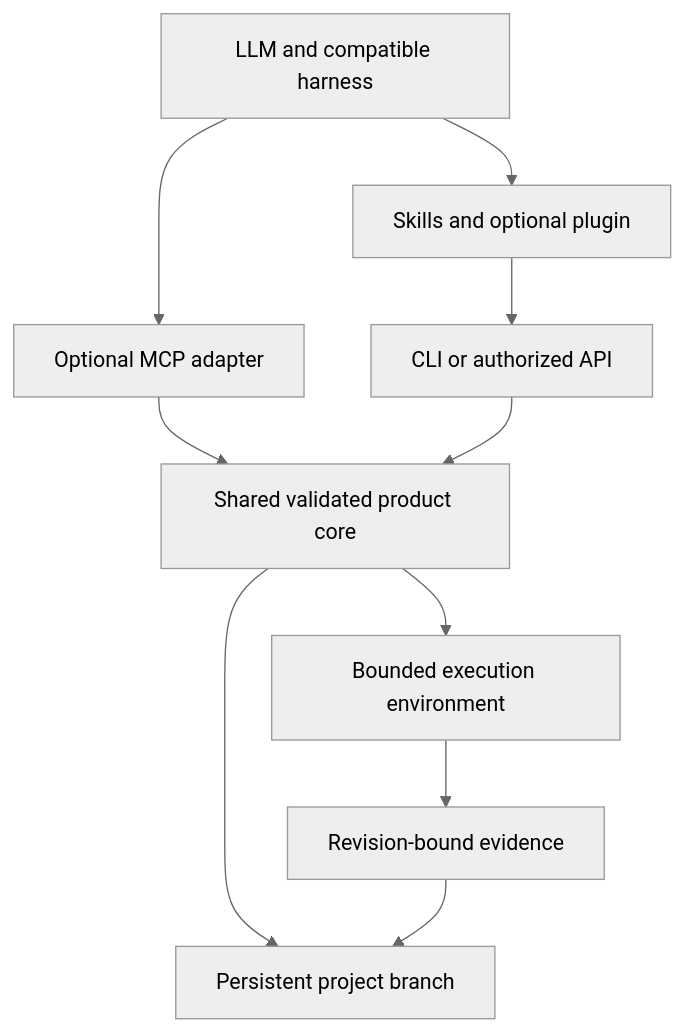
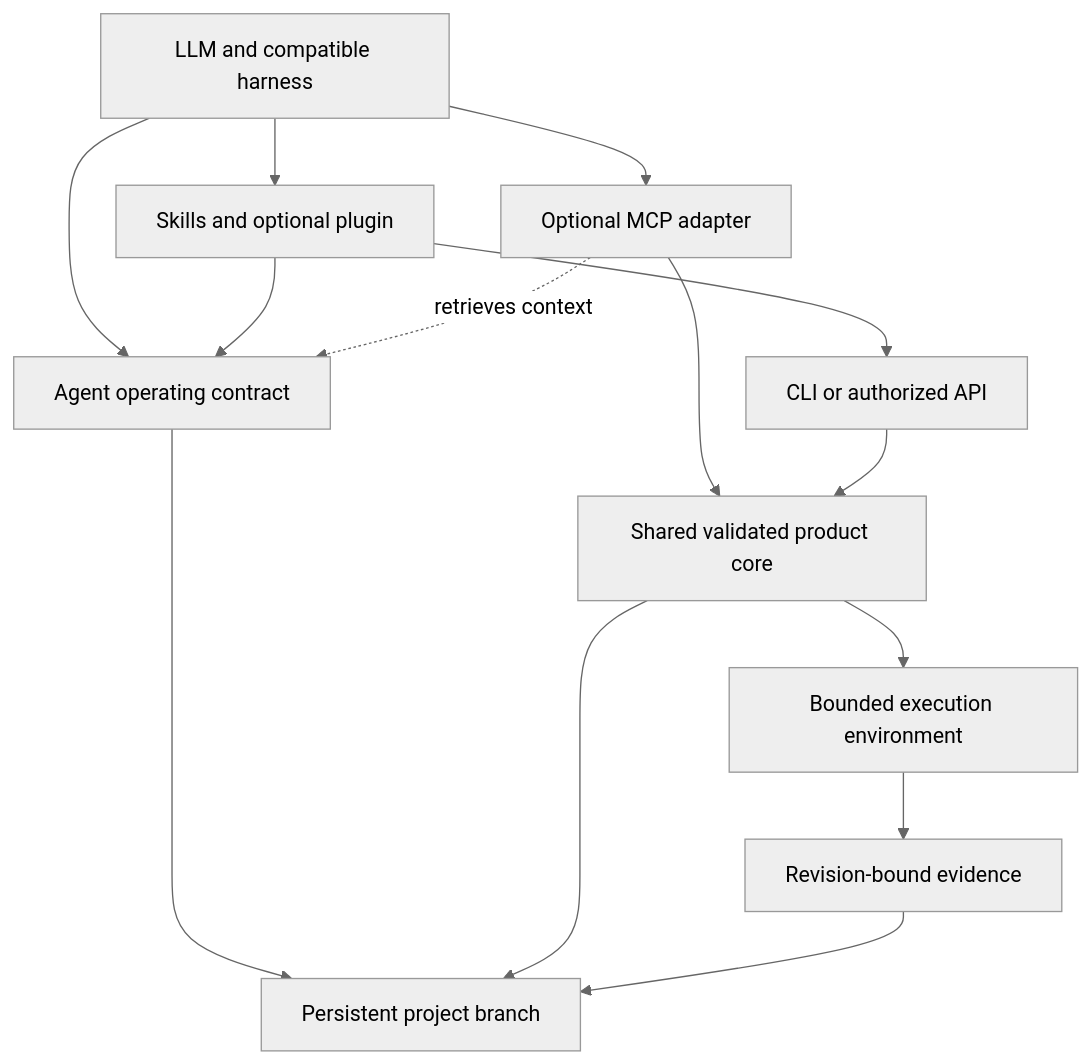
One commit to vixttha/BNAI-Branch-native-agent-infrastructure changed the diagram in docs/architecture.md. Above: the diagram before and after it, drawn with Mermaid (neutral theme). The commit also changed other lines of this file and 9 other files, not shown here.

Commit message:
Propose five-layer BNAI architecture for v0.0.0.2

````diff
--- a/docs/architecture.md
+++ b/docs/architecture.md
@@ -12,12 +15,16 @@
 ```mermaid
 flowchart TD
   H[LLM and compatible harness] --> S[Skills and optional plugin]
   H --> M[Optional MCP adapter]
+  H --> A[Agent operating contract]
+  S --> A
+  M -. retrieves context .-> A
+  A --> B
   S --> C[CLI or authorized API]
   M --> K[Shared validated product core]
   C --> K
   K --> B[Persistent project branch]
   K --> E[Bounded execution environment]
   E --> R[Revision-bound evidence]
   R --> B
 ```
````
